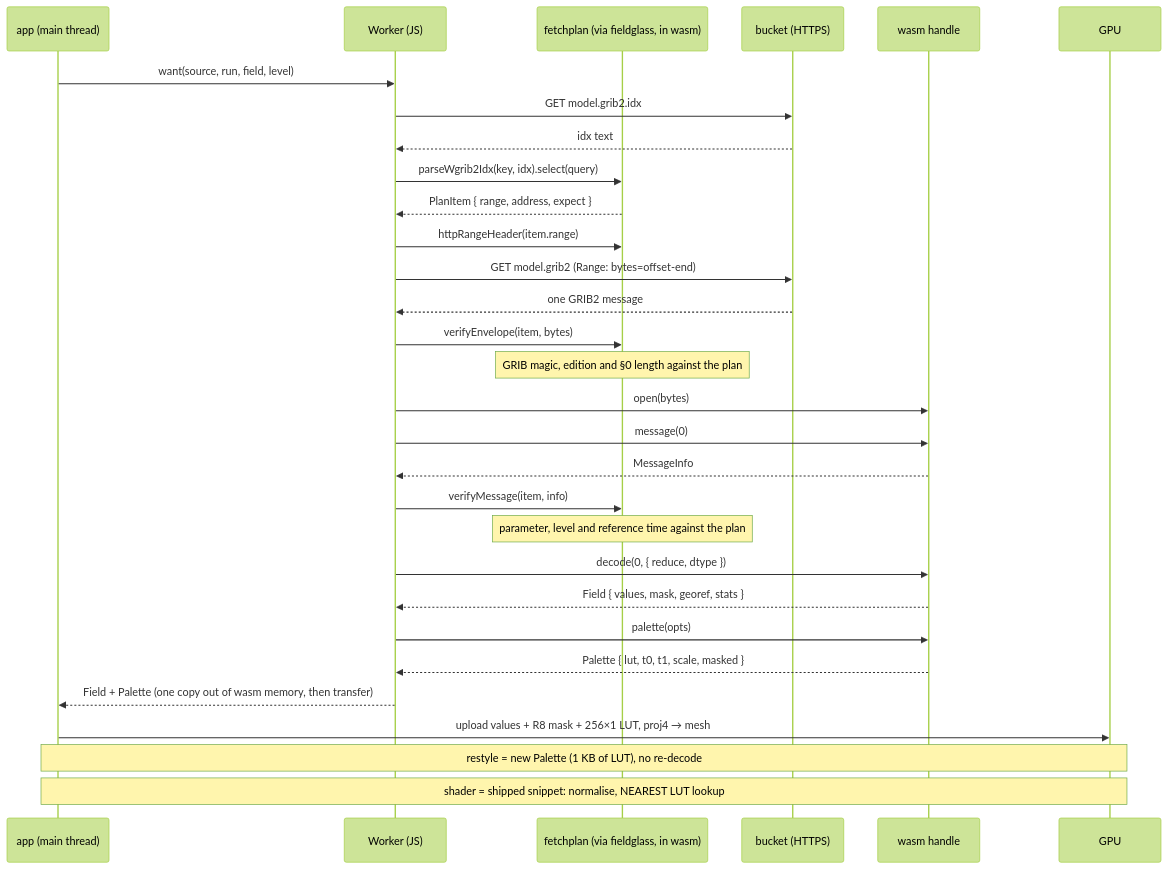
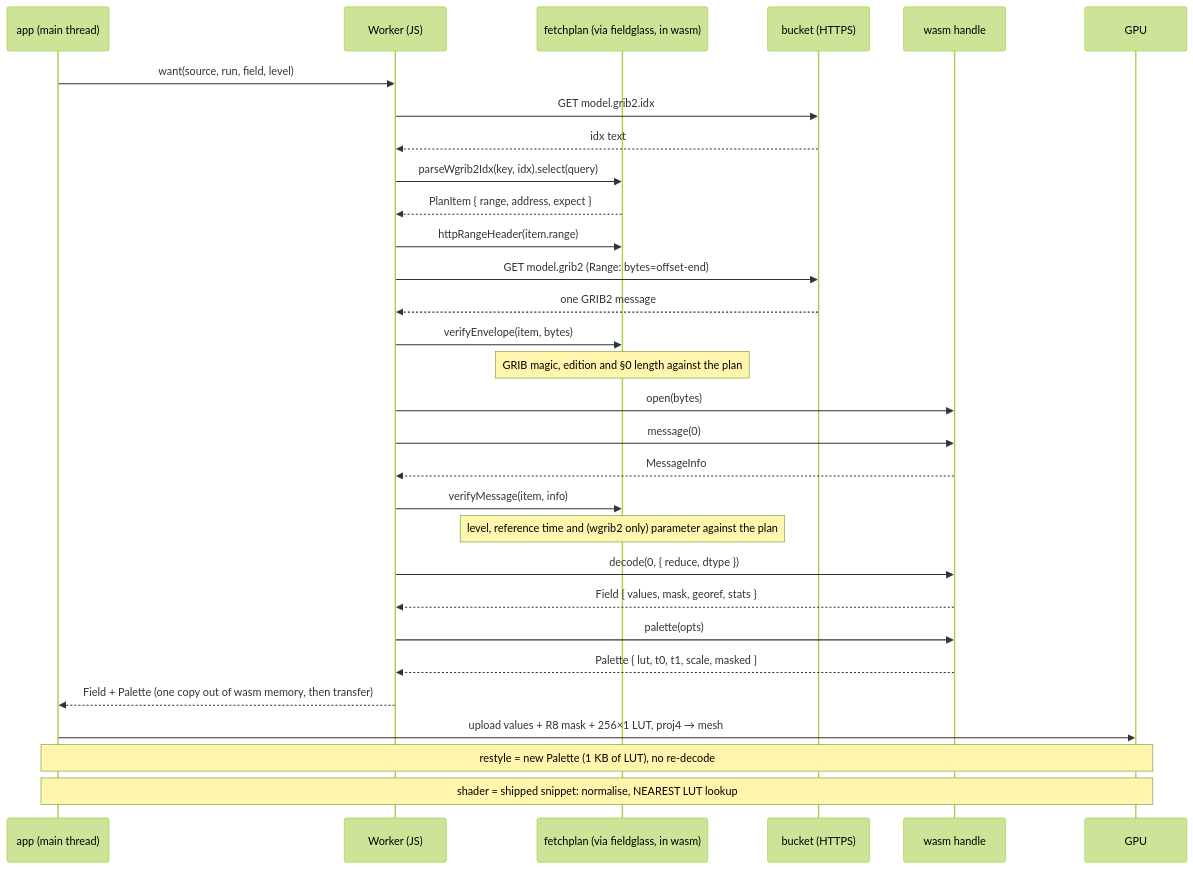
Before and after one commit to D0ubleD0uble/fieldglass: the second of 2 diagrams in docs/architecture/planned/04-hosts.md, drawn with Mermaid (forest theme). The commit also changed other lines of this file and 3 other files, not shown here.

````diff
--- a/docs/architecture/planned/04-hosts.md
+++ b/docs/architecture/planned/04-hosts.md
@@ -37,33 +37,33 @@
 ```mermaid
 sequenceDiagram
     participant A as app (main thread)
     participant W as Worker (JS)
     participant P as fetchplan (via fieldglass, in wasm)
     participant B as bucket (HTTPS)
     participant H as wasm handle
     participant G as GPU
 
     A->>W: want(source, run, field, level)
     W->>B: GET model.grib2.idx
     B-->>W: idx text
     W->>P: parseWgrib2Idx(key, idx).select(query)
     P-->>W: PlanItem { range, address, expect }
     W->>P: httpRangeHeader(item.range)
     W->>B: GET model.grib2 (Range: bytes=offset-end)
     B-->>W: one GRIB2 message
     W->>P: verifyEnvelope(item, bytes)
     Note over P: GRIB magic, edition and §0 length against the plan
     W->>H: open(bytes)
     W->>H: message(0)
     H-->>W: MessageInfo
     W->>P: verifyMessage(item, info)
-    Note over P: parameter, level and reference time against the plan
+    Note over P: level, reference time and (wgrib2 only) parameter against the plan
     W->>H: decode(0, { reduce, dtype })
     H-->>W: Field { values, mask, georef, stats }
     W->>H: palette(opts)
     H-->>W: Palette { lut, t0, t1, scale, masked }
     W-->>A: Field + Palette (one copy out of wasm memory, then transfer)
     A->>G: upload values + R8 mask + 256×1 LUT, proj4 → mesh
     Note over A,G: restyle = new Palette (1 KB of LUT), no re-decode
     Note over A,G: shader = shipped snippet: normalise, NEAREST LUT lookup
 ```
````
